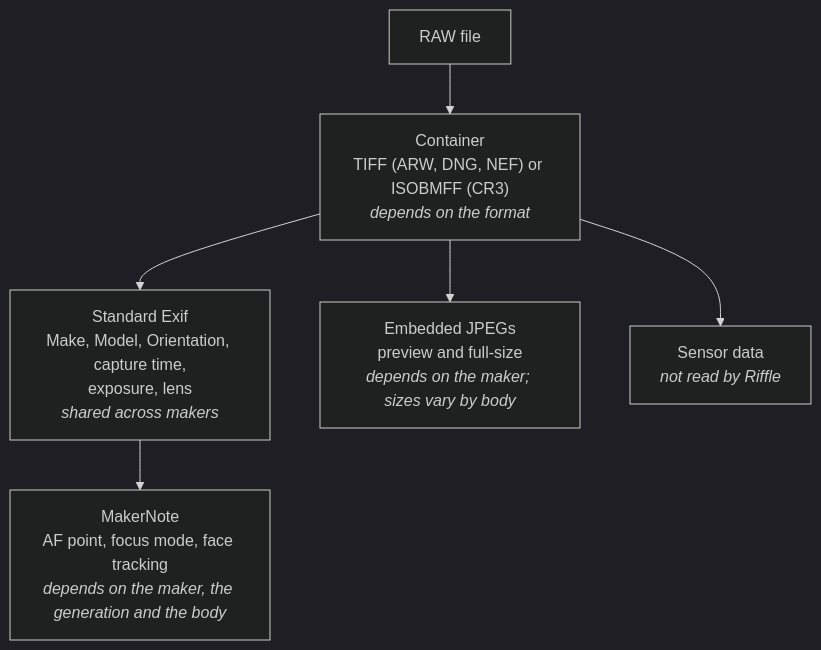
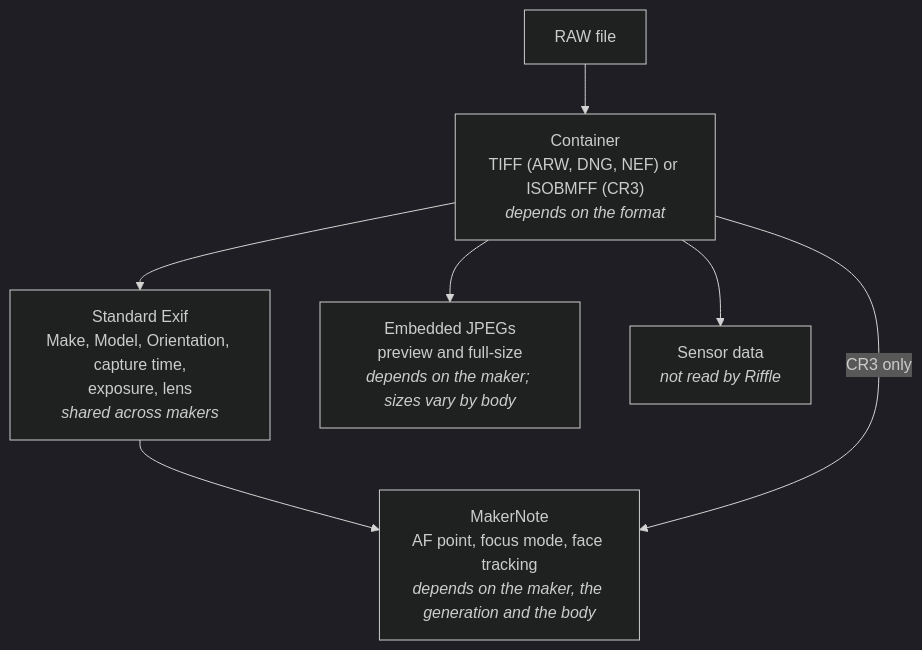
Before and after one commit to minodisk/riffle: the first of 2 diagrams in docs/raw-formats.md, drawn with Mermaid (dark theme). The commit also changed other lines of this file and 1 other file, not shown here.

````diff
--- a/docs/raw-formats.md
+++ b/docs/raw-formats.md
@@ -15,14 +15,15 @@
 ```mermaid
 flowchart TB
     file["RAW file"]
     container["Container<br/>TIFF (ARW, DNG, NEF) or ISOBMFF (CR3)<br/><i>depends on the format</i>"]
     exif["Standard Exif<br/>Make, Model, Orientation, capture time,<br/>exposure, lens<br/><i>shared across makers</i>"]
     jpegs["Embedded JPEGs<br/>preview and full-size<br/><i>depends on the maker; sizes vary by body</i>"]
     note["MakerNote<br/>AF point, focus mode, face tracking<br/><i>depends on the maker, the generation and the body</i>"]
     sensor["Sensor data<br/><i>not read by Riffle</i>"]
     file --> container
     container --> exif
     container --> jpegs
     container --> sensor
     exif --> note
+    container -->|CR3 only| note
 ```
````
